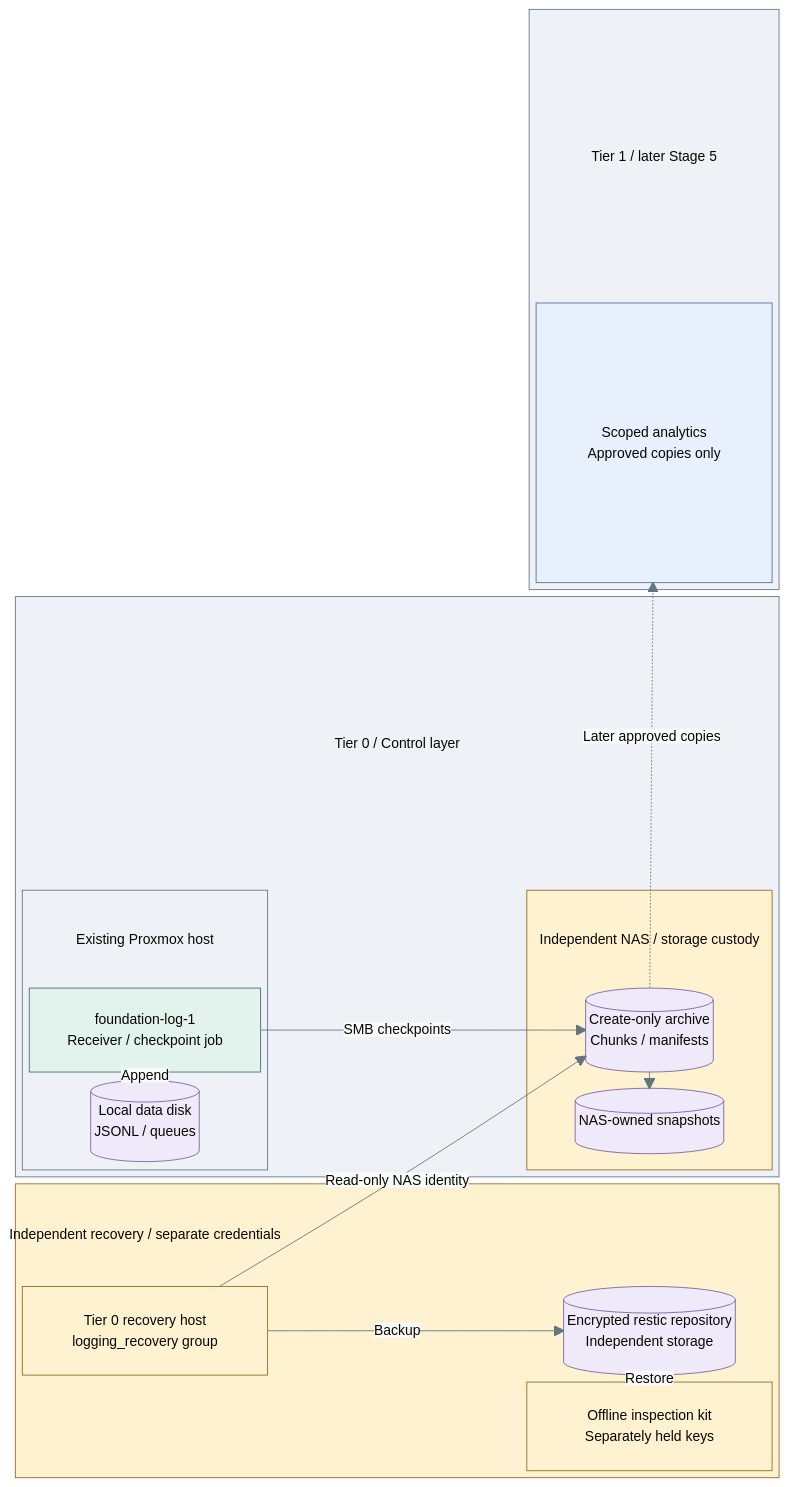
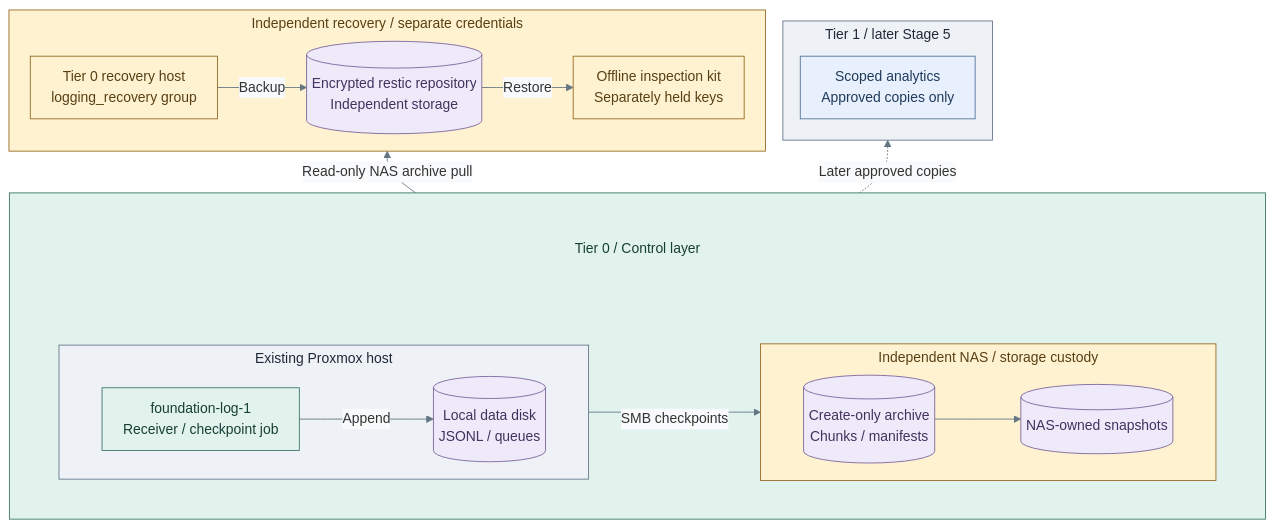
The third of 3 diagrams in docs/deployment/stage-1-logging/README.md (Rexus/homelab), drawn with Mermaid before and after one commit. The commit also changed other lines of this file and 4 other files, not shown here.

Commit message:
fix(diagrams): compact logging deployment views

````diff
--- a/docs/deployment/stage-1-logging/README.md
+++ b/docs/deployment/stage-1-logging/README.md
@@ -202,57 +192,51 @@
 ```mermaid
-%%{init: {"theme":"base","themeVariables":{"lineColor":"#627581","edgeLabelBackground":"#f8fafc"}}}%%
-block-beta
-  columns 3
-  space:2
-  block:T1
-    columns 1
-    T1Title["Tier 1 / later Stage 5"]
+%%{init: {"theme":"base","flowchart":{"nodeSpacing":20,"rankSpacing":24,"padding":12,"subGraphTitleMargin":{"top":4,"bottom":12}},"themeVariables":{"lineColor":"#627581","edgeLabelBackground":"#f8fafc"}}}%%
+flowchart BT
+  subgraph T1["Tier 1 / later Stage 5"]
     Search["Scoped analytics<br/>Approved copies only"]
   end
-  block:T0:3
-    columns 3
-    T0Title["Tier 0 / Control layer"]:3
-    block:PVE
-      columns 1
-      HostTitle["Existing Proxmox host"]
-      VM["foundation-log-1<br/>Receiver / checkpoint job"]
-      Records[("Local data disk<br/>JSONL / queues")]
+  subgraph T0[" "]
+    direction TB
+    T0Title["Tier 0 / Control layer"]
+    subgraph Placement[" "]
+      direction LR
+      subgraph PVE["Existing Proxmox host"]
+        direction LR
+        VM["foundation-log-1<br/>Receiver / checkpoint job"]
+        Records[("Local data disk<br/>JSONL / queues")]
+        VM -->|Append| Records
+      end
+      subgraph NAS["Independent NAS / storage custody"]
+        direction LR
+        Evidence[("Create-only archive<br/>Chunks / manifests")]
+        Snapshots[("NAS-owned snapshots")]
+        Evidence --> Snapshots
+      end
+      PVE -->|SMB checkpoints| NAS
     end
-    space
-    block:NAS
-      columns 1
-      NASTitle["Independent NAS / storage custody"]
-      Evidence[("Create-only archive<br/>Chunks / manifests")]
-      Snapshots[("NAS-owned snapshots")]
-    end
+    T0Title ~~~ Placement
   end
-  block:Recovery:3
-    columns 3
-    RecoveryTitle["Independent recovery / separate credentials"]:3
+  subgraph Recovery["Independent recovery / separate credentials"]
+    direction LR
     Backup["Tier 0 recovery host<br/>logging_recovery group"]
-    space
     Copy[("Encrypted restic repository<br/>Independent storage")]
-    space:2
     Offline["Offline inspection kit<br/>Separately held keys"]
+    Backup -->|Backup| Copy
+    Copy -->|Restore| Offline
   end
-  VM -- "Append" --> Records
-  VM -- "SMB checkpoints" --> Evidence
-  Evidence --> Snapshots
-  Backup -- "Read-only NAS identity" --> Evidence
-  Backup -- "Backup" --> Copy
-  Copy -- "Restore" --> Offline
-  Evidence -. "Later approved copies" .-> Search
+  T0 -->|Read-only NAS archive pull| Recovery
+  T0 -. "Later approved copies" .-> T1
   classDef default fill:#f8fafc,stroke:#64748b,color:#1f2937
   classDef boundary fill:#eef2f6,stroke:#64748b,color:#1f2937
-  classDef heading fill:none,stroke:none,color:#1f2937
   classDef control fill:#e2f3ed,stroke:#397366,color:#173f36
+  classDef controlHeading fill:#e2f3ed,stroke:#e2f3ed,color:#173f36
   classDef data fill:#eeeafa,stroke:#78639b,color:#42325d
   classDef custody fill:#fff2d1,stroke:#926820,color:#584013
   classDef services fill:#e7f0fc,stroke:#4d719b,color:#203a5b
-  class T1,T0,PVE boundary
-  class T0Title,T1Title,HostTitle,NASTitle,RecoveryTitle heading
-  class VM control
+  class T1,PVE boundary
+  class T0,VM control
+  class T0Title,Placement controlHeading
   class Records,Evidence,Snapshots,Copy data
   class NAS,Recovery,Backup,Offline custody
   class Search services
 ```
````
